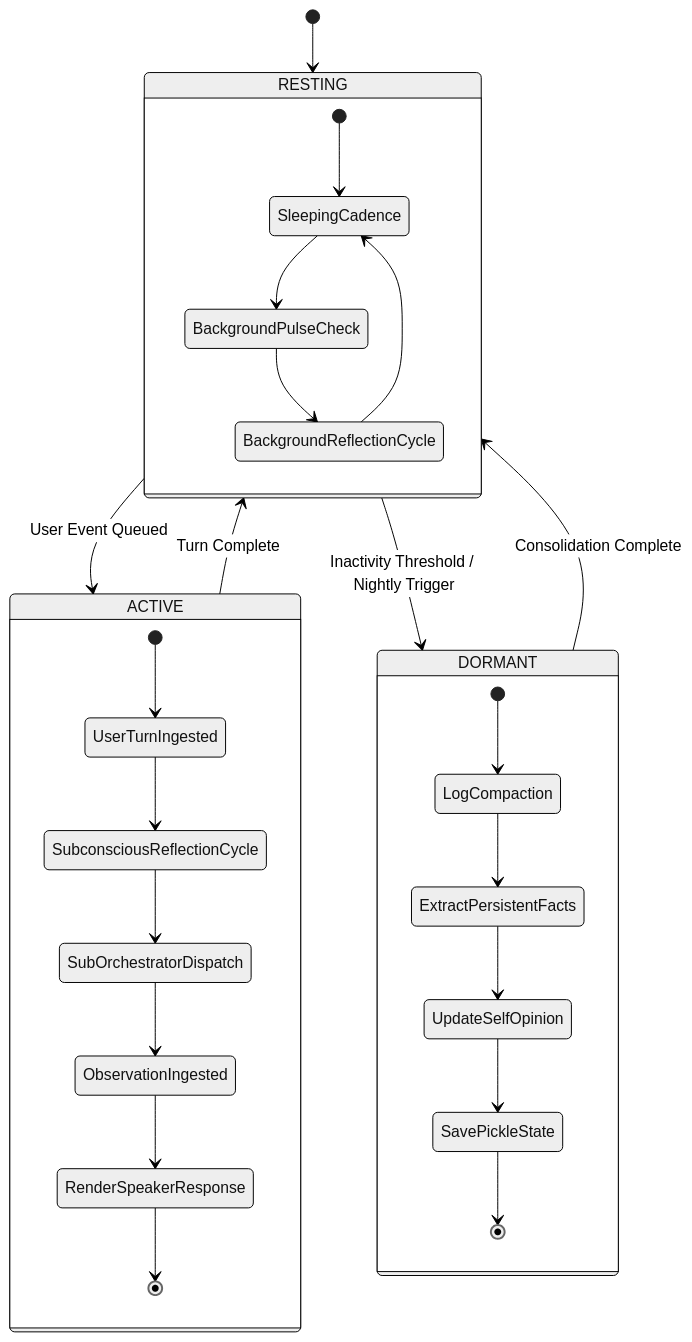
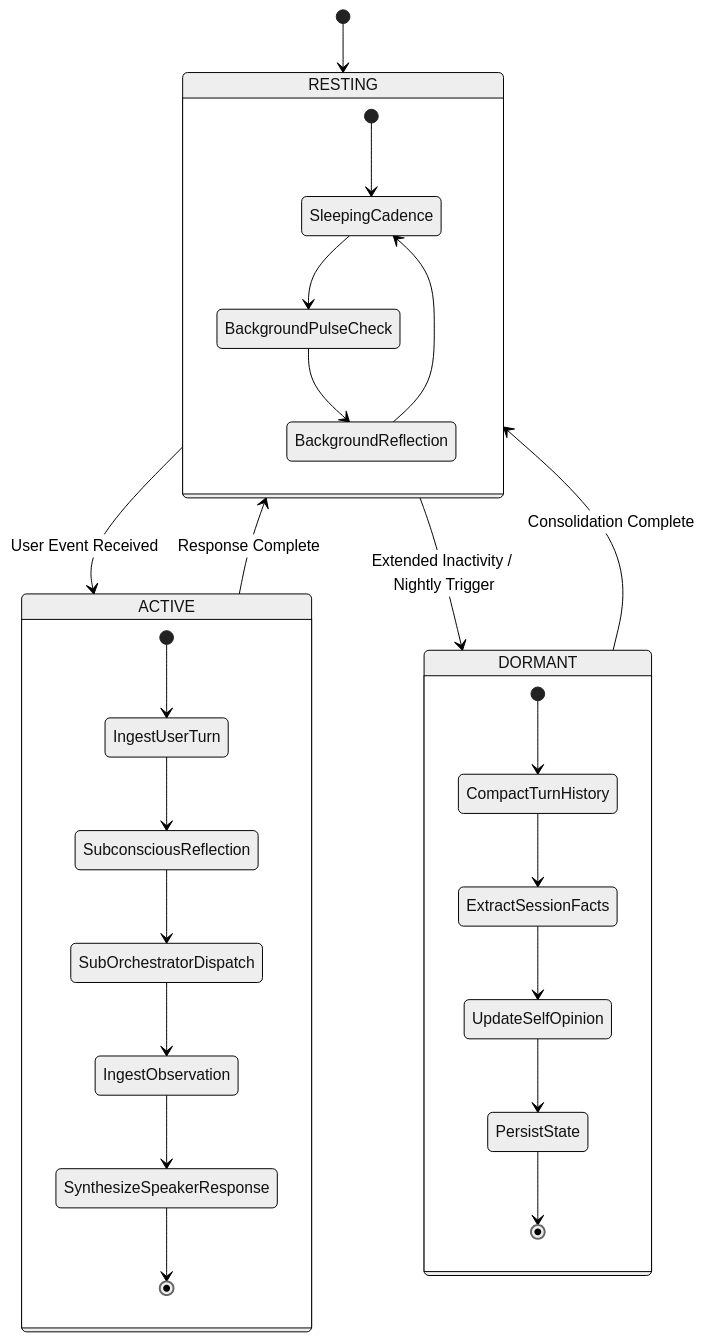
The second of 2 diagrams in Over_Agent_Design/README.md (munch2u-a11y/Helix-AGI), drawn with Mermaid (neutral theme) before and after one commit. The commit also changed other lines of this file and 9 other files, not shown here.

````diff
--- a/Over_Agent_Design/README.md
+++ b/Over_Agent_Design/README.md
@@ -101,33 +100,33 @@
 ```mermaid
 stateDiagram-v2
     [*] --> RESTING
 
     state ACTIVE {
-        [*] --> UserTurnIngested
-        UserTurnIngested --> SubconsciousReflectionCycle
-        SubconsciousReflectionCycle --> SubOrchestratorDispatch
-        SubOrchestratorDispatch --> ObservationIngested
-        ObservationIngested --> RenderSpeakerResponse
-        RenderSpeakerResponse --> [*]
+        [*] --> IngestUserTurn
+        IngestUserTurn --> SubconsciousReflection
+        SubconsciousReflection --> SubOrchestratorDispatch
+        SubOrchestratorDispatch --> IngestObservation
+        IngestObservation --> SynthesizeSpeakerResponse
+        SynthesizeSpeakerResponse --> [*]
     }
 
     state RESTING {
         [*] --> SleepingCadence
         SleepingCadence --> BackgroundPulseCheck
-        BackgroundPulseCheck --> BackgroundReflectionCycle
-        BackgroundReflectionCycle --> SleepingCadence
+        BackgroundPulseCheck --> BackgroundReflection
+        BackgroundReflection --> SleepingCadence
     }
 
     state DORMANT {
-        [*] --> LogCompaction
-        LogCompaction --> ExtractPersistentFacts
-        ExtractPersistentFacts --> UpdateSelfOpinion
-        UpdateSelfOpinion --> SavePickleState
-        SavePickleState --> [*]
+        [*] --> CompactTurnHistory
+        CompactTurnHistory --> ExtractSessionFacts
+        ExtractSessionFacts --> UpdateSelfOpinion
+        UpdateSelfOpinion --> PersistState
+        PersistState --> [*]
     }
 
-    RESTING --> ACTIVE : User Event Queued
-    ACTIVE --> RESTING : Turn Complete
-    RESTING --> DORMANT : Inactivity Threshold / Nightly Trigger
+    RESTING --> ACTIVE : User Event Received
+    ACTIVE --> RESTING : Response Complete
+    RESTING --> DORMANT : Extended Inactivity / Nightly Trigger
     DORMANT --> RESTING : Consolidation Complete
 ```
````
